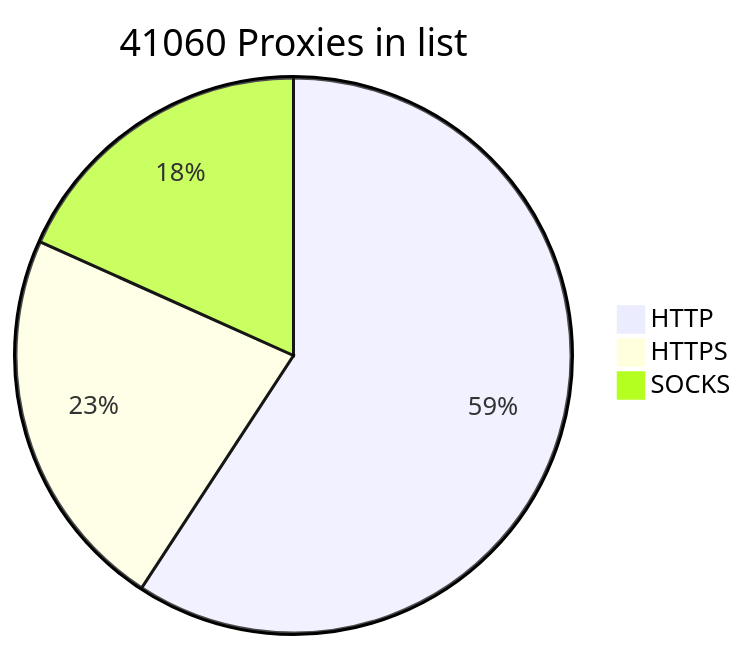
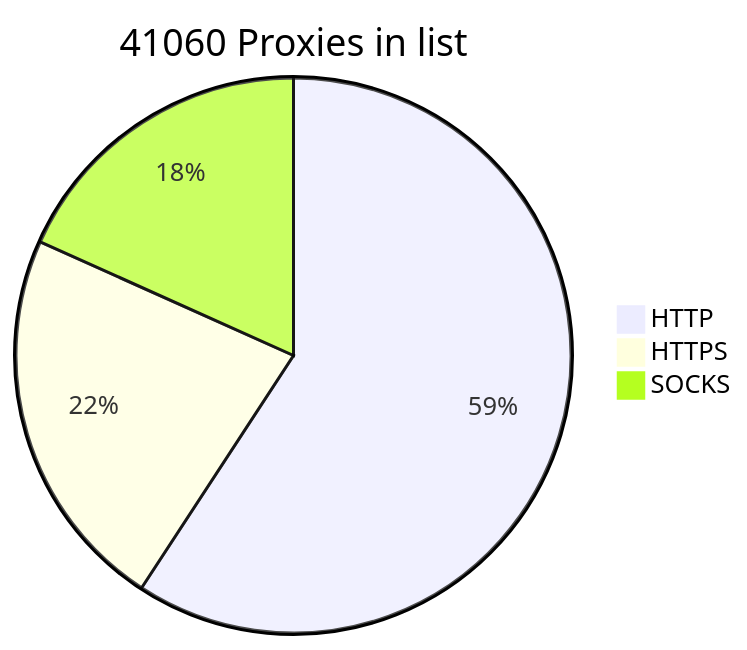
The diagram in README.md (BlackSnowDot/proxylist-update-every-minute), drawn with Mermaid before and after one commit.

````diff
--- a/README.md
+++ b/README.md
@@ -2,6 +2,6 @@
 ```mermaid
 pie title 41060 Proxies in list
-    "HTTP" : 28495
-    "HTTPS": 10829
+    "HTTP" : 28497
+    "HTTPS": 10828
     "SOCKS" : 8800
 ```
````
